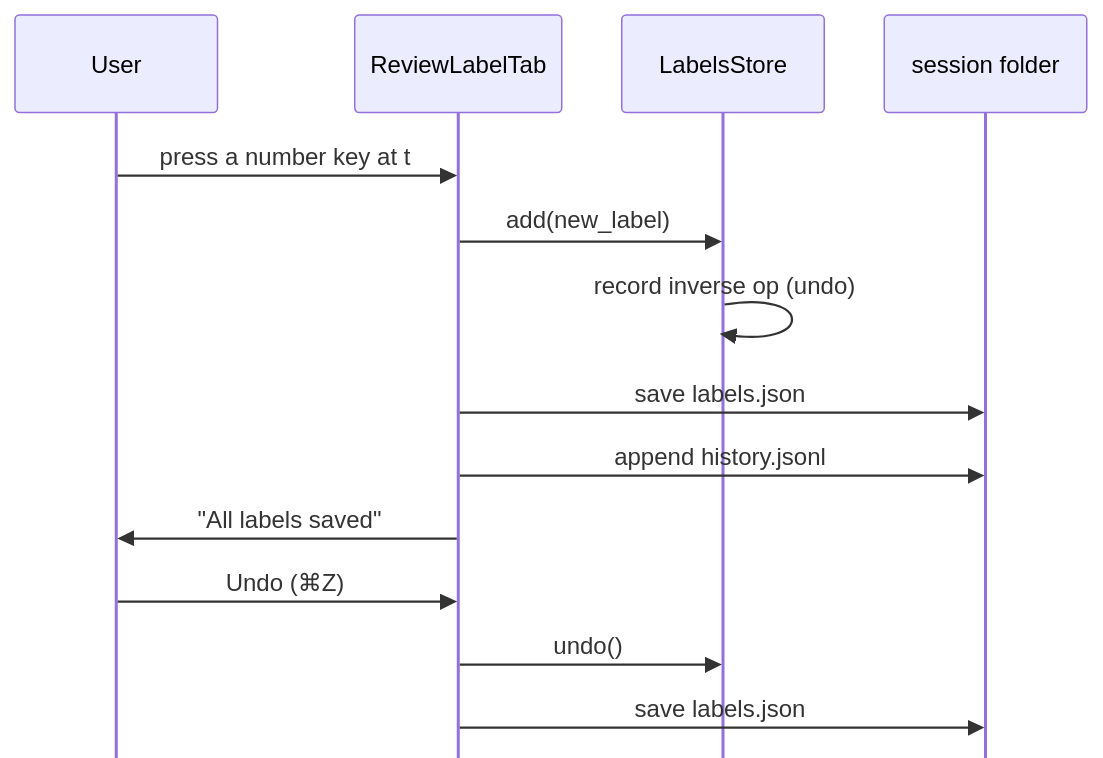
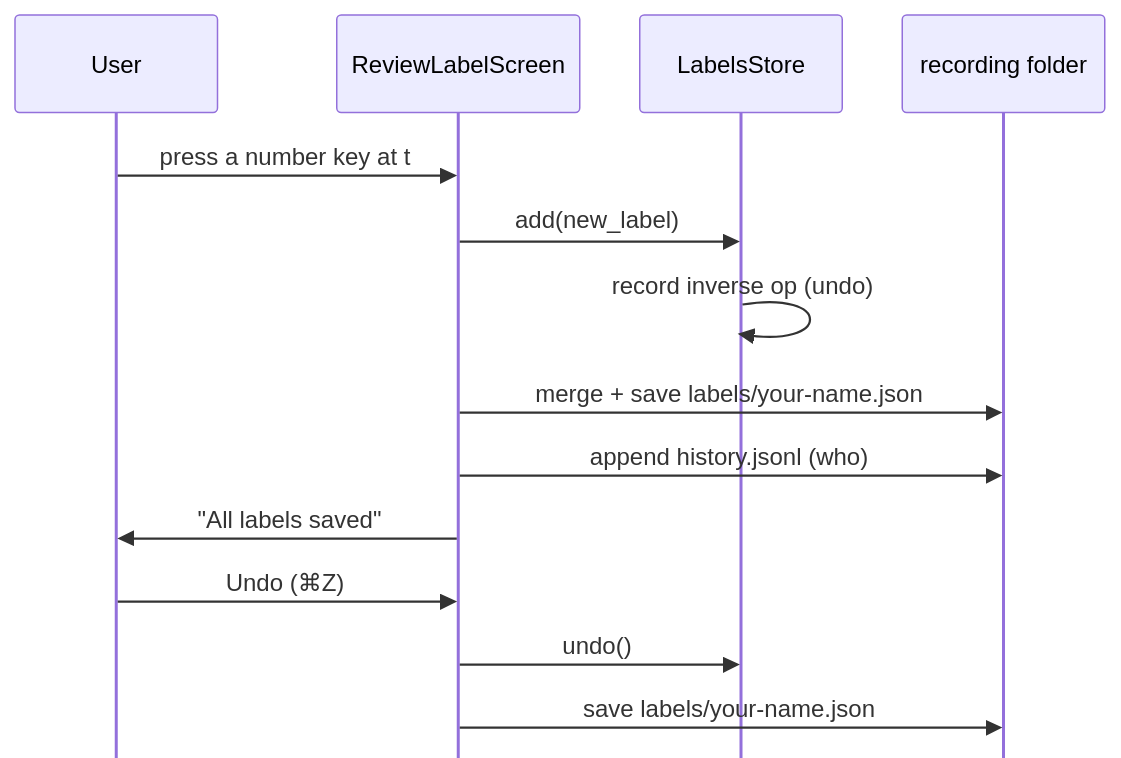
Before and after one commit to mohammadabdullahkhurram/Brain-Battle-Phase-3: the diagram in docs/diagrams/flow-label-autosave.mmd, drawn with Mermaid. The commit also changed 76 other files, not shown here.

```diff
--- a/docs/diagrams/flow-label-autosave.mmd
+++ b/docs/diagrams/flow-label-autosave.mmd
@@ -1,15 +1,15 @@
 %%{init: {'themeVariables': {'fontSize': '16px'}, 'sequence': {'actorMargin': 40, 'width': 135, 'boxMargin': 8, 'mirrorActors': false}}}%%
 sequenceDiagram
     participant U as User
-    participant RL as ReviewLabelTab
+    participant RL as ReviewLabelScreen
     participant LS as LabelsStore
-    participant D as session folder
+    participant D as recording folder
     U->>RL: press a number key at t
     RL->>LS: add(new_label)
     LS->>LS: record inverse op (undo)
-    RL->>D: save labels.json
-    RL->>D: append history.jsonl
+    RL->>D: merge + save labels/your-name.json
+    RL->>D: append history.jsonl (who)
     RL->>U: "All labels saved"
     U->>RL: Undo (⌘Z)
     RL->>LS: undo()
-    RL->>D: save labels.json
+    RL->>D: save labels/your-name.json
```
